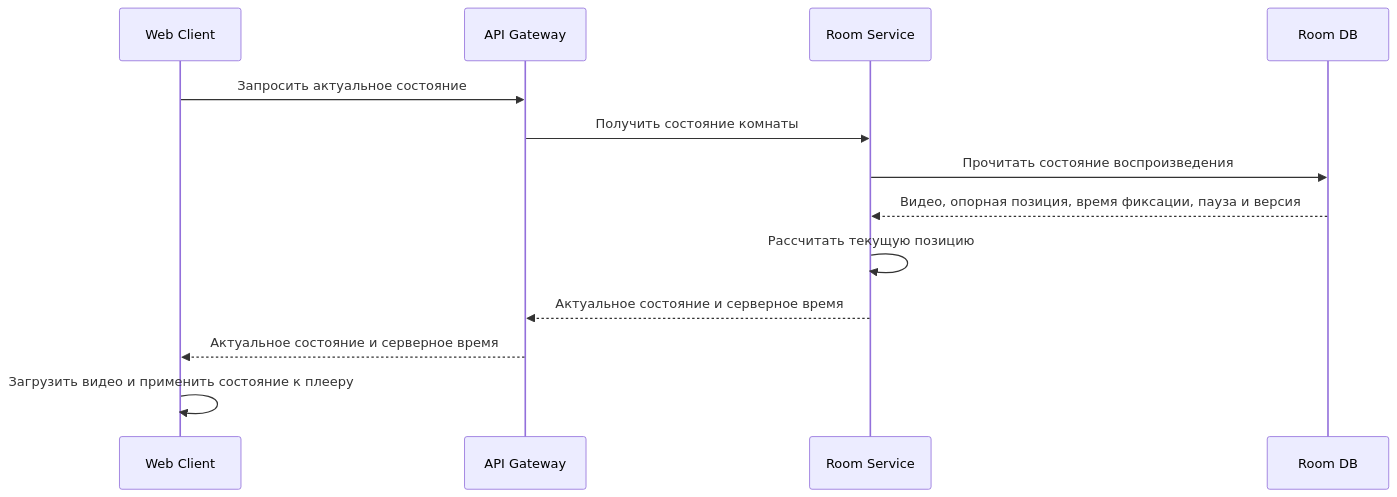
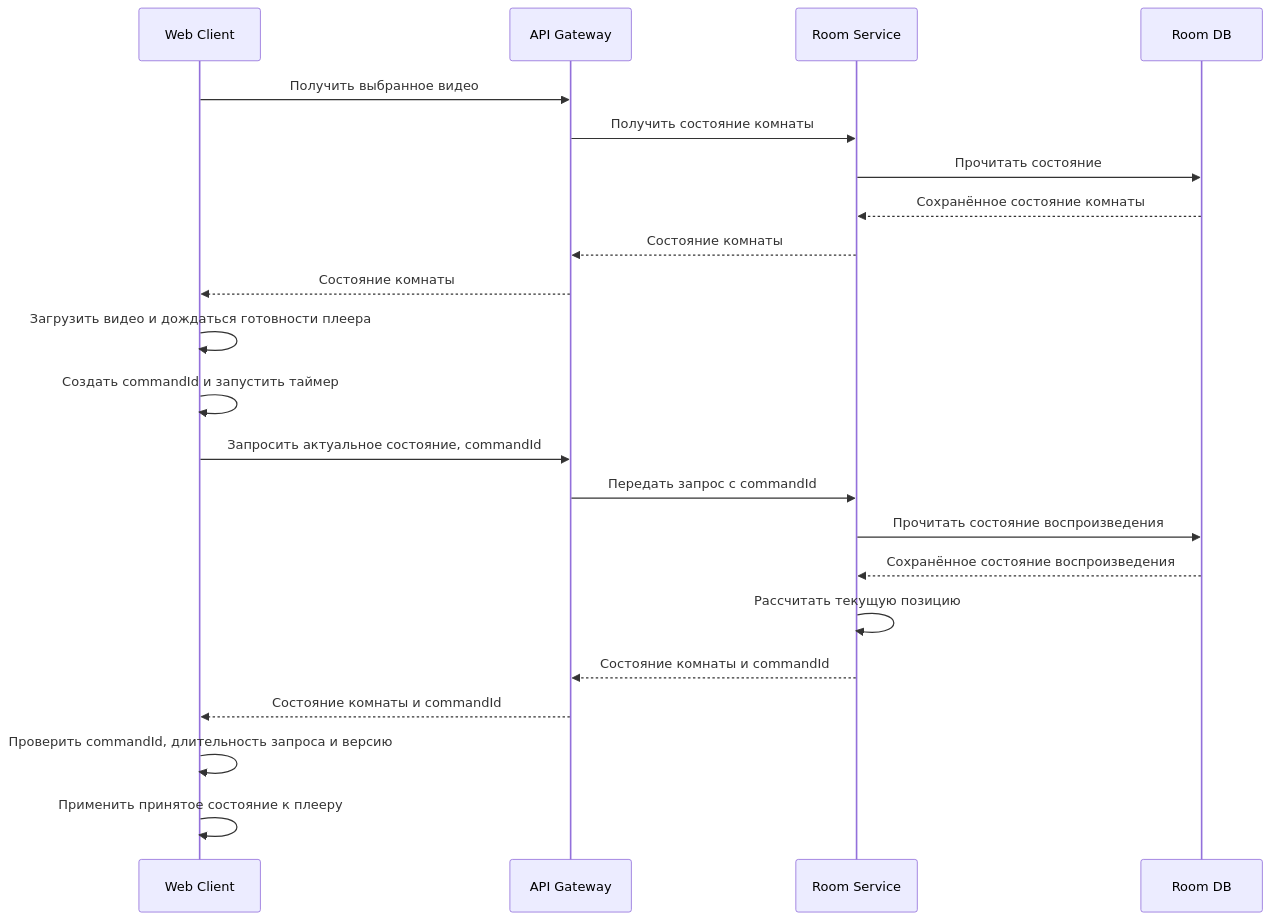
The fifth of 9 diagrams in docs/tr.md (spbu-ds-practicum-2026/KpyTble_6o6pbl), drawn with Mermaid before and after one commit. The commit also changed other lines of this file, not shown here.

````diff
--- a/docs/tr.md
+++ b/docs/tr.md
@@ -289,16 +292,25 @@
 ```mermaid
 sequenceDiagram
     participant Client as Web Client
     participant Gateway as API Gateway
     participant Room as Room Service
     participant DB as Room DB
 
-    Client->>Gateway: Запросить актуальное состояние
+    Client->>Gateway: Получить выбранное видео
     Gateway->>Room: Получить состояние комнаты
+    Room->>DB: Прочитать состояние
+    DB-->>Room: Сохранённое состояние комнаты
+    Room-->>Gateway: Состояние комнаты
+    Gateway-->>Client: Состояние комнаты
+    Client->>Client: Загрузить видео и дождаться готовности плеера
+    Client->>Client: Создать commandId и запустить таймер
+    Client->>Gateway: Запросить актуальное состояние, commandId
+    Gateway->>Room: Передать запрос с commandId
     Room->>DB: Прочитать состояние воспроизведения
-    DB-->>Room: Видео, опорная позиция, время фиксации, пауза и версия
+    DB-->>Room: Сохранённое состояние воспроизведения
     Room->>Room: Рассчитать текущую позицию
-    Room-->>Gateway: Актуальное состояние и серверное время
-    Gateway-->>Client: Актуальное состояние и серверное время
-    Client->>Client: Загрузить видео и применить состояние к плееру
+    Room-->>Gateway: Состояние комнаты и commandId
+    Gateway-->>Client: Состояние комнаты и commandId
+    Client->>Client: Проверить commandId, длительность запроса и версию
+    Client->>Client: Применить принятое состояние к плееру
 ```
````
